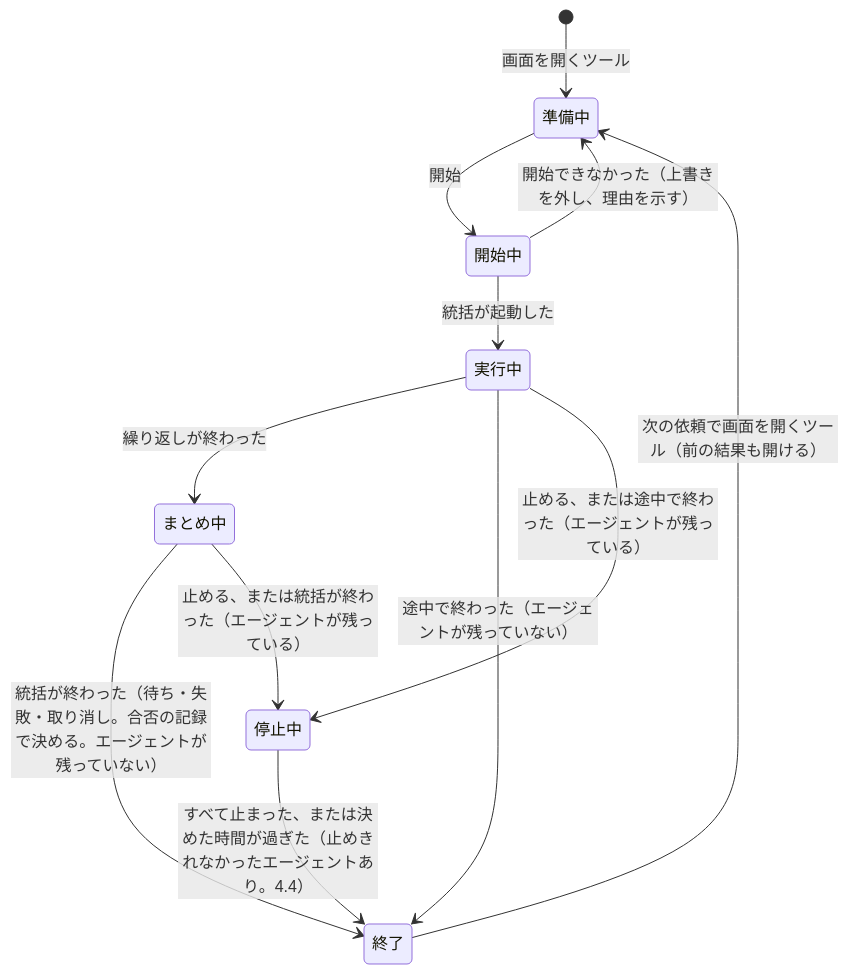
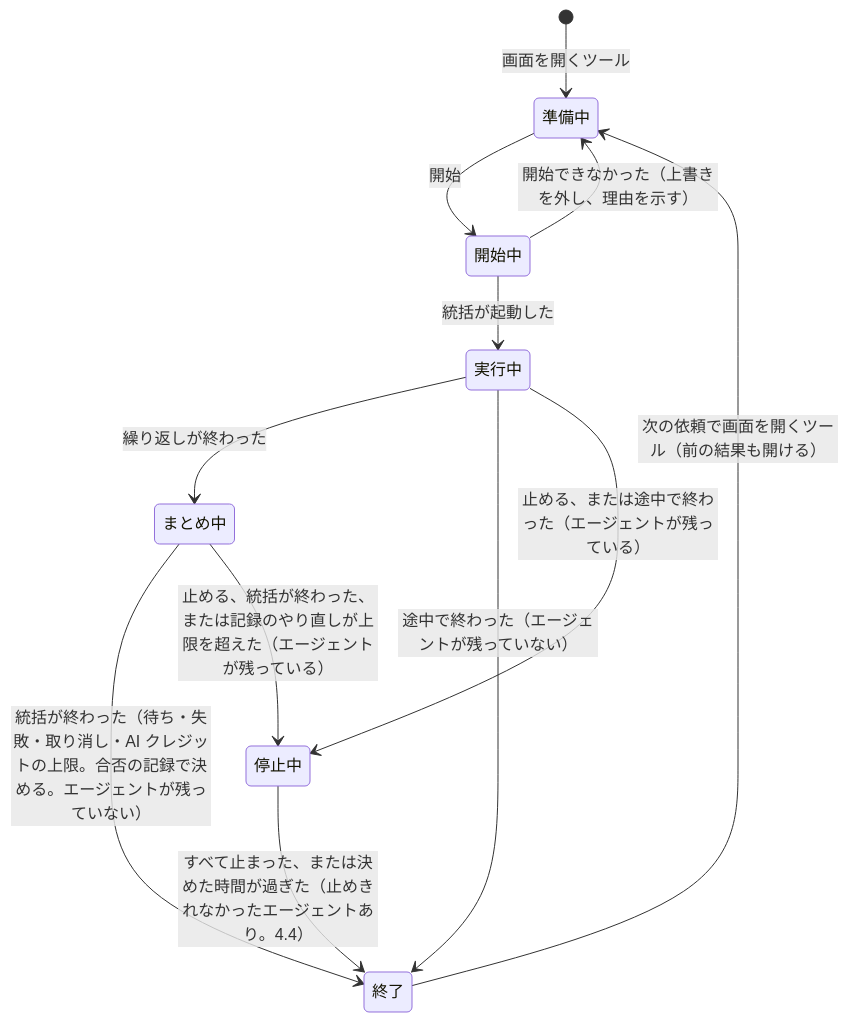
Before and after one commit to imaeda-hub/plugin-creater: the fourth of 4 diagrams in docs/design/generated-plugin-structure.md, drawn with Mermaid. The commit also changed other lines of this file and 1 other file, not shown here.

````diff
--- a/docs/design/generated-plugin-structure.md
+++ b/docs/design/generated-plugin-structure.md
@@ -363,14 +364,14 @@
 ```mermaid
 stateDiagram-v2
   [*] --> 準備中: 画面を開くツール
   準備中 --> 開始中: 開始
   開始中 --> 準備中: 開始できなかった（上書きを外し、理由を示す）
   開始中 --> 実行中: 統括が起動した
   実行中 --> まとめ中: 繰り返しが終わった
-  まとめ中 --> 終了: 統括が終わった（待ち・失敗・取り消し。合否の記録で決める。エージェントが残っていない）
+  まとめ中 --> 終了: 統括が終わった（待ち・失敗・取り消し・AI クレジットの上限。合否の記録で決める。エージェントが残っていない）
   実行中 --> 終了: 途中で終わった（エージェントが残っていない）
   実行中 --> 停止中: 止める、または途中で終わった（エージェントが残っている）
-  まとめ中 --> 停止中: 止める、または統括が終わった（エージェントが残っている）
+  まとめ中 --> 停止中: 止める、統括が終わった、または記録のやり直しが上限を超えた（エージェントが残っている）
   停止中 --> 終了: すべて止まった、または決めた時間が過ぎた（止めきれなかったエージェントあり。4.4）
   終了 --> 準備中: 次の依頼で画面を開くツール（前の結果も開ける）
 ```
````
